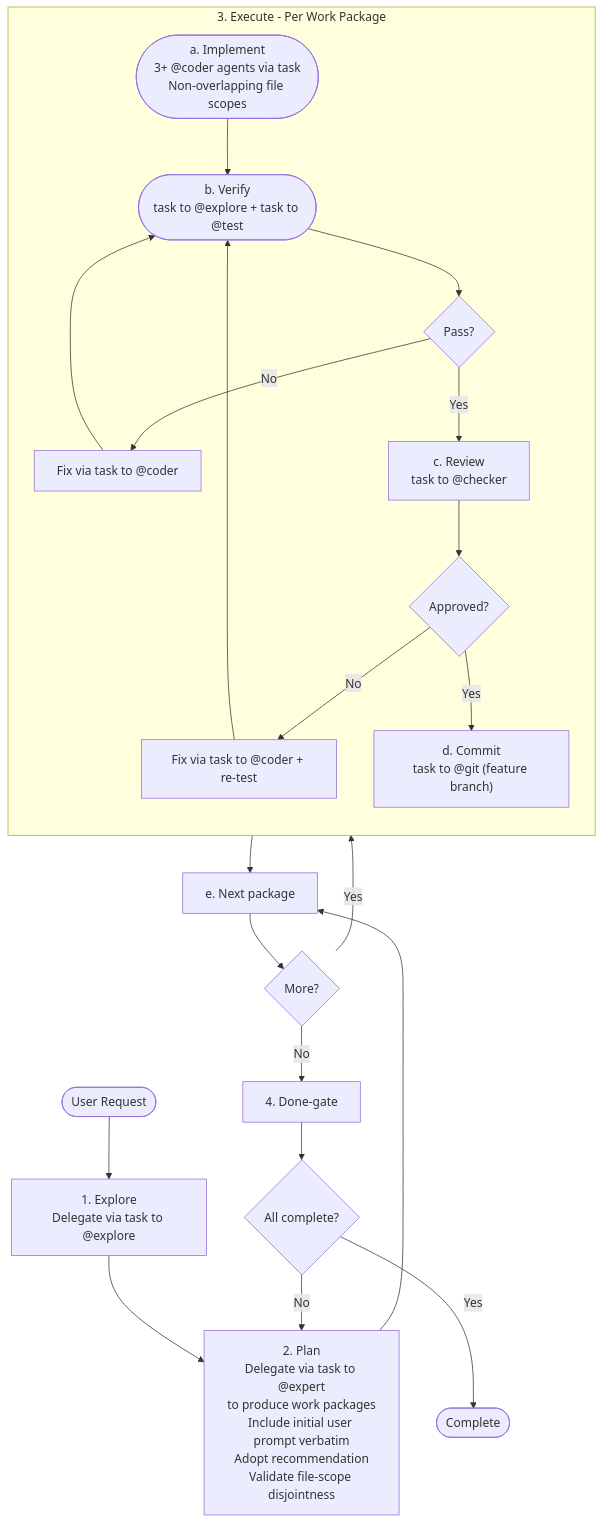
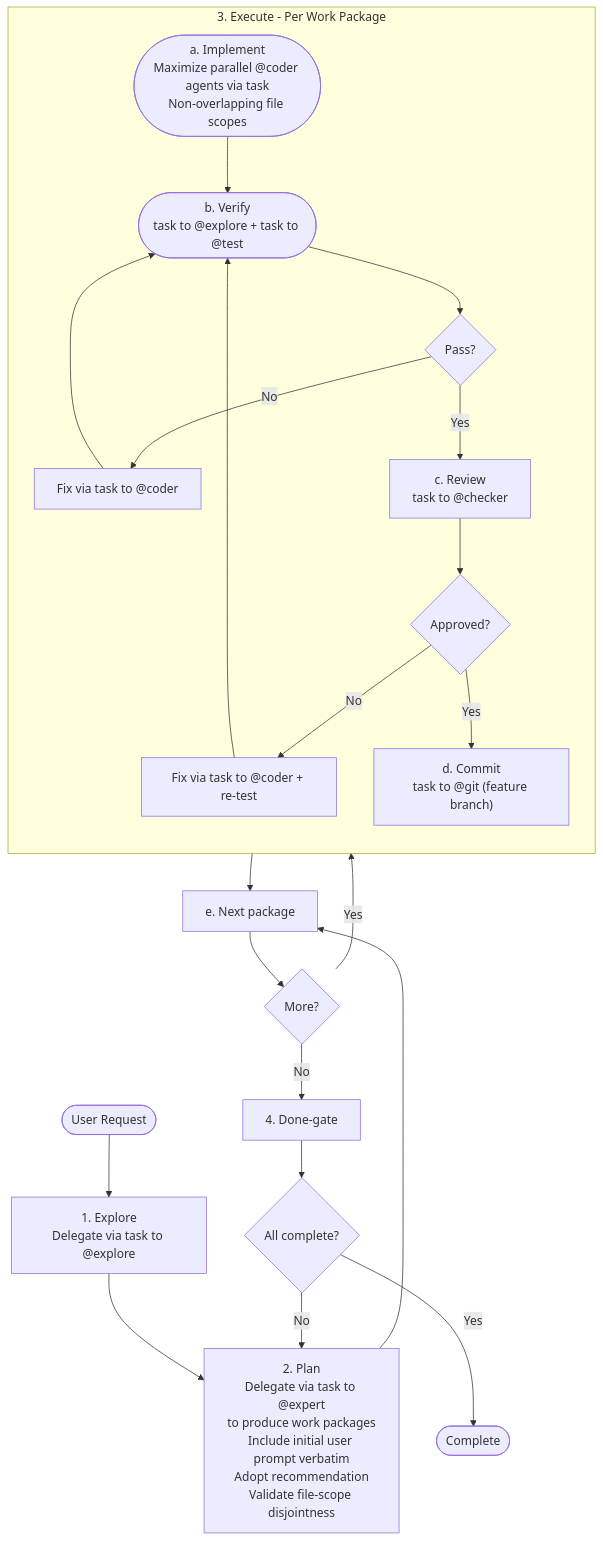
One commit to juliankahlert/opencode-config changed the diagram in pages/src/absurd/autonom.md. Above: the diagram before and after it, drawn with Mermaid. The commit also changed other lines of this file and 4 other files, not shown here.

````diff
--- a/pages/src/absurd/autonom.md
+++ b/pages/src/absurd/autonom.md
@@ -29,28 +29,28 @@
 ```mermaid
 flowchart TD
     START([User Request]) --> EXPLORE
     EXPLORE["<span>1.</span> Explore<br/>Delegate via task to @explore"] --> PLAN
 
     PLAN["<span>2.</span> Plan<br/>Delegate via task to @expert<br/>to produce work packages<br/>Include initial user prompt verbatim<br/>Adopt recommendation<br/>Validate file-scope disjointness"] --> NEXT
     NEXT --> MORE{More?}
     MORE -->|Yes| EXEC
 
     subgraph EXEC ["<span>3.</span> Execute - Per Work Package"]
         direction TB
-        IMPL(["<span>a.</span> Implement<br/>3+ @coder agents via task<br/>Non-overlapping file scopes"]) --> VERIFY
+        IMPL(["<span>a.</span> Implement<br/>Maximize parallel @coder agents via task<br/>Non-overlapping file scopes"]) --> VERIFY
         VERIFY(["<span>b.</span> Verify<br/>task to @explore + task to @test"]) --> VPASS{Pass?}
         VPASS -->|No| FIX1[Fix via task to @coder] --> VERIFY
         VPASS -->|Yes| REVIEW
         REVIEW["<span>c.</span> Review<br/>task to @checker"] --> RPASS{Approved?}
         RPASS -->|No| FIX2[Fix via task to @coder + re-test] --> VERIFY
         RPASS -->|Yes| COMMIT
         COMMIT["<span>d.</span> Commit<br/>task to @git (feature branch)"]
     end
 
     MORE -->|No| DONE
     COMMIT --> NEXT["<span>e.</span> Next package"]
 
     DONE["<span>4.</span> Done-gate"] --> CHECK{All complete?}
     CHECK -->|No| PLAN
     CHECK -->|Yes| END([Complete])
 ```
````
